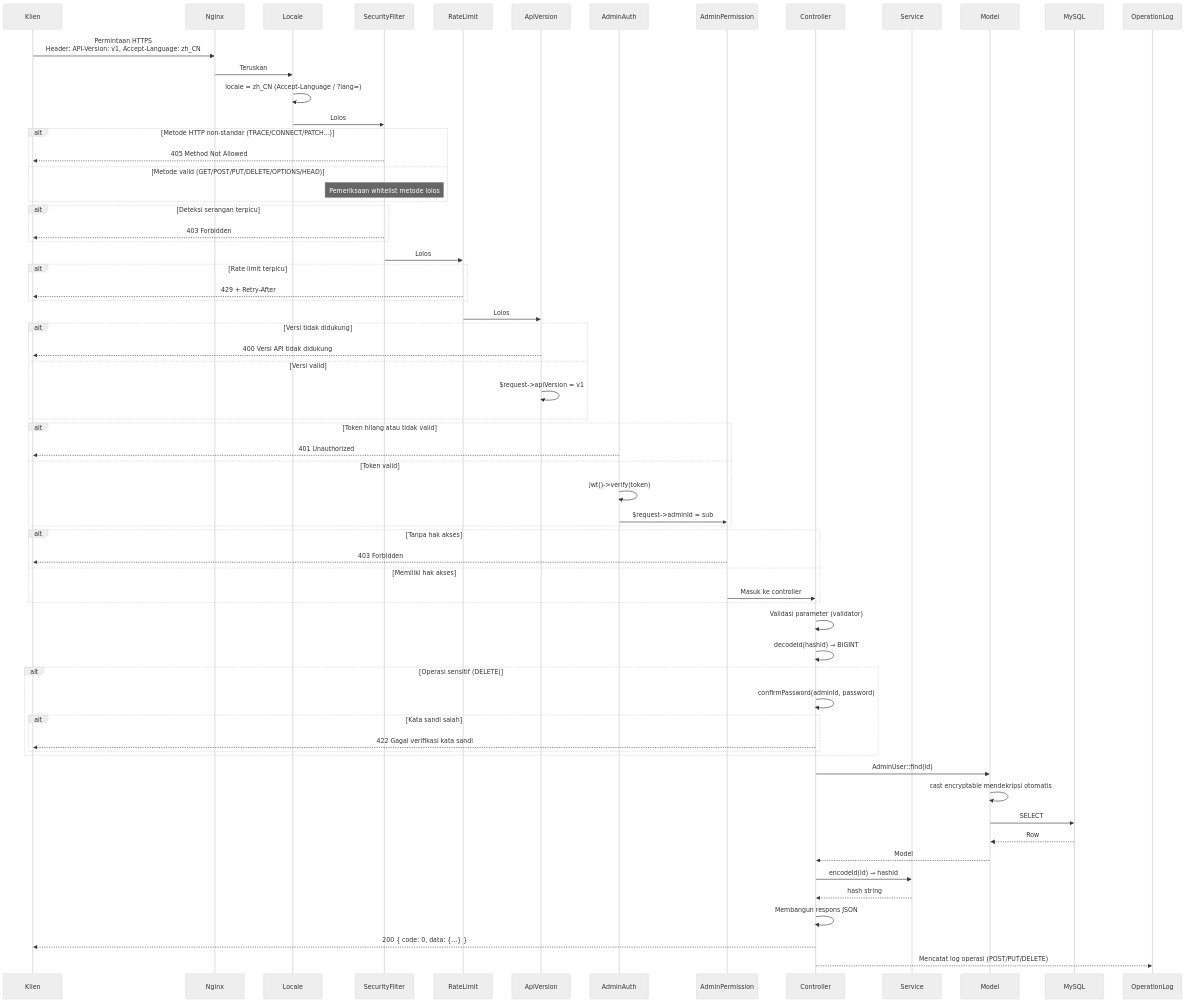
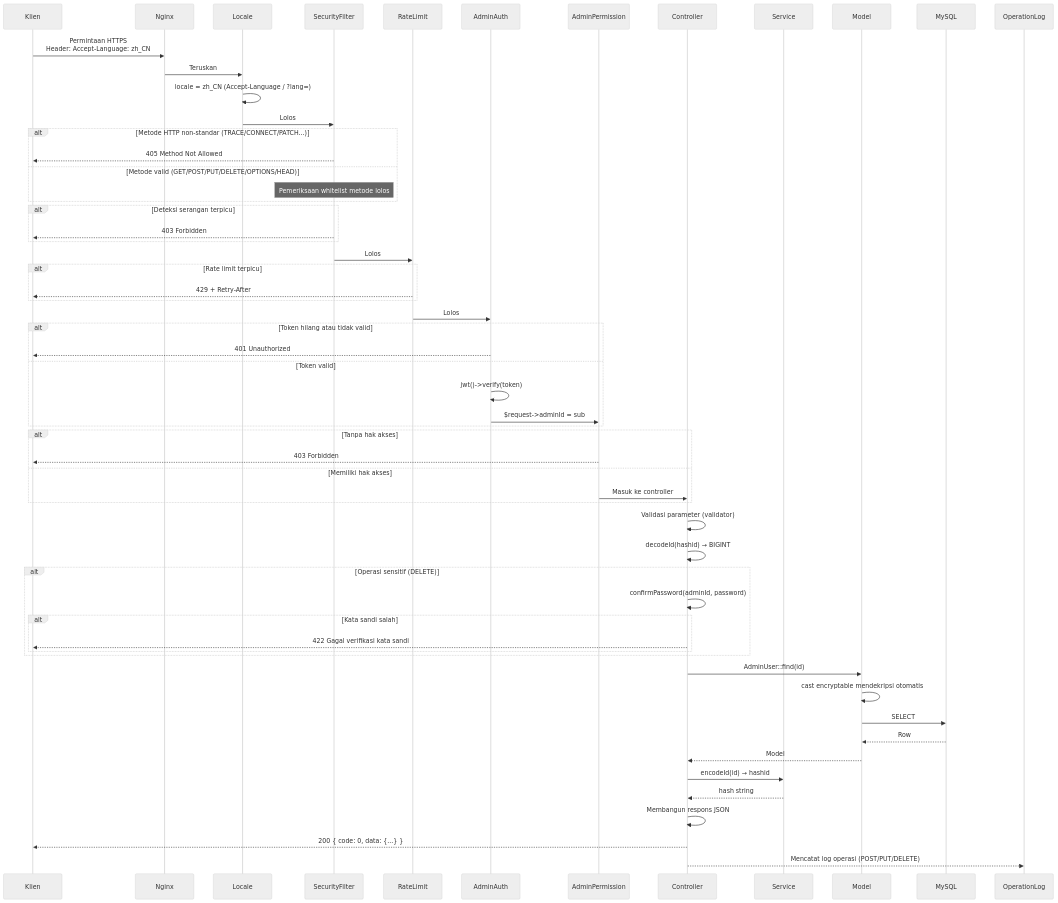
One commit to erikwang2013/integrated-global-logistics changed the third of 14 diagrams in admin/docs/ARCHITECTURE.id.md. Above: the diagram before and after it, drawn with Mermaid (neutral theme). The commit also changed other lines of this file and 147 other files, not shown here.

First line of the commit message:
feat(api): API 版本号移入 URL 路径（/api/v1），移除 API-Version 头机制

````diff
--- a/admin/docs/ARCHITECTURE.id.md
+++ b/admin/docs/ARCHITECTURE.id.md
@@ -147,82 +145,75 @@
 ```mermaid
 sequenceDiagram
     participant C as Klien
     participant N as Nginx
     participant MW_LOC as Locale
     participant MW_SF as SecurityFilter
     participant MW_RL as RateLimit
-    participant MW0 as ApiVersion
     participant MW1 as AdminAuth
     participant MW2 as AdminPermission
     participant CTL as Controller
     participant SVC as Service
     participant MDL as Model
     participant DB as MySQL
     participant OPLOG as OperationLog
 
-    C->>N: Permintaan HTTPS<br/>Header: API-Version: v1, Accept-Language: zh_CN
+    C->>N: Permintaan HTTPS<br/>Header: Accept-Language: zh_CN
     N->>MW_LOC: Teruskan
 
     MW_LOC->>MW_LOC: locale = zh_CN (Accept-Language / ?lang=)
     MW_LOC->>MW_SF: Lolos
 
     alt Metode HTTP non-standar (TRACE/CONNECT/PATCH...)
         MW_SF-->>C: 405 Method Not Allowed
     else Metode valid (GET/POST/PUT/DELETE/OPTIONS/HEAD)
         Note over MW_SF: Pemeriksaan whitelist metode lolos
     end
 
     alt Deteksi serangan terpicu
         MW_SF-->>C: 403 Forbidden
     end
 
     MW_SF->>MW_RL: Lolos
 
     alt Rate limit terpicu
         MW_RL-->>C: 429 + Retry-After
     end
 
-    MW_RL->>MW0: Lolos
-
-    alt Versi tidak didukung
-        MW0-->>C: 400 Versi API tidak didukung
-    else Versi valid
-        MW0->>MW0: $request->apiVersion = v1
-    end
+    MW_RL->>MW1: Lolos
 
     alt Token hilang atau tidak valid
         MW1-->>C: 401 Unauthorized
     else Token valid
         MW1->>MW1: jwt()->verify(token)
         MW1->>MW2: $request->adminId = sub
     end
 
     alt Tanpa hak akses
         MW2-->>C: 403 Forbidden
     else Memiliki hak akses
         MW2->>CTL: Masuk ke controller
     end
 
     CTL->>CTL: Validasi parameter (validator)
     CTL->>CTL: decodeId(hashid) → BIGINT
 
     alt Operasi sensitif (DELETE)
         CTL->>CTL: confirmPassword(adminId, password)
         alt Kata sandi salah
             CTL-->>C: 422 Gagal verifikasi kata sandi
         end
     end
 
     CTL->>MDL: AdminUser::find(id)
     MDL->>MDL: cast encryptable mendekripsi otomatis
     MDL->>DB: SELECT
     DB-->>MDL: Row
     MDL-->>CTL: Model
 
     CTL->>SVC: encodeId(id) → hashid
     SVC-->>CTL: hash string
 
     CTL->>CTL: Membangun respons JSON
     CTL-->>C: 200 { code: 0, data: {...} }
     CTL-->>OPLOG: Mencatat log operasi (POST/PUT/DELETE)
 ```
````
